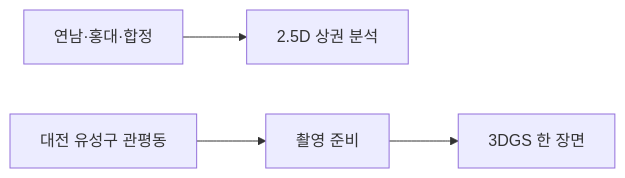
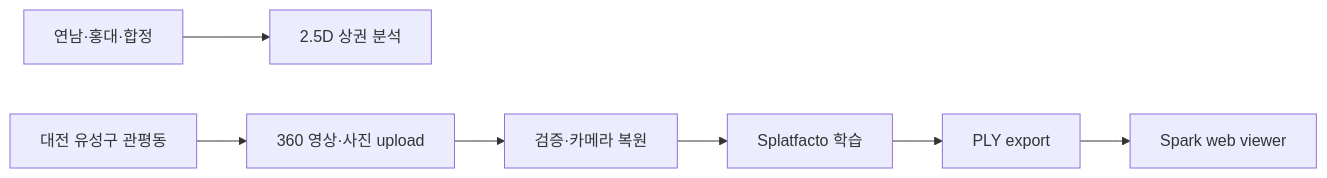
One commit to Mureung1/hub-showcase changed the first of 2 diagrams in docs/features/3d-congestion-explorer.md. Above: the diagram before and after it, drawn with Mermaid. The commit also changed other lines of this file and 2 other files, not shown here.

````diff
--- a/docs/features/3d-congestion-explorer.md
+++ b/docs/features/3d-congestion-explorer.md
@@ -23,6 +23,9 @@
 ```mermaid
 flowchart LR
     A["연남·홍대·합정"] --> B["2.5D 상권 분석"]
-    C["대전 유성구 관평동"] --> D["촬영 준비"]
-    D --> E["3DGS 한 장면"]
+    C["대전 유성구 관평동"] --> D["360 영상·사진 upload"]
+    D --> E["검증·카메라 복원"]
+    E --> F["Splatfacto 학습"]
+    F --> G["PLY export"]
+    G --> H["Spark web viewer"]
 ```
````
